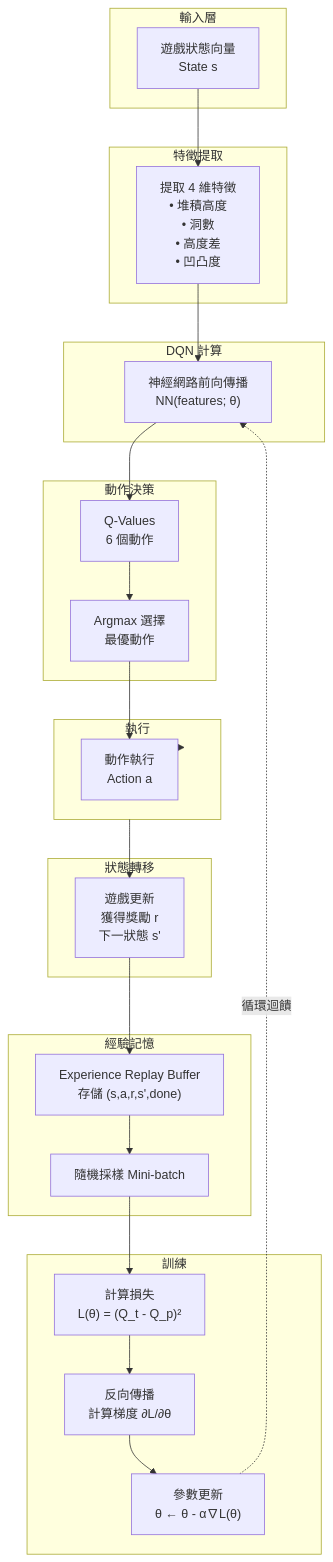
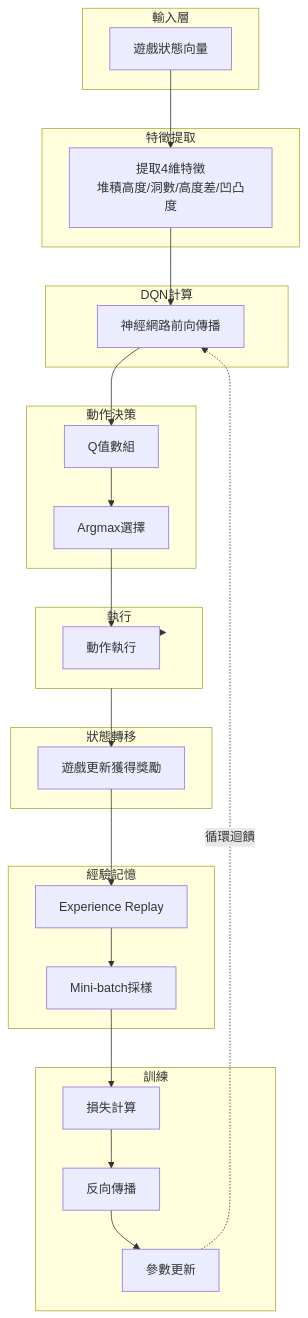
One commit to C111112104/ML_Game changed the fifth of 5 diagrams in doc/TetrAI_Proposal.md. Above: the diagram before and after it, drawn with Mermaid. The commit also changed other lines of this file, not shown here.

````diff
--- a/doc/TetrAI_Proposal.md
+++ b/doc/TetrAI_Proposal.md
@@ -285,52 +301,52 @@
 ```mermaid
 graph TB
     subgraph Input["輸入層"]
-        State["遊戲狀態向量<br/>State s"]
+        State["遊戲狀態向量"]
     end
     
     subgraph Process1["特徵提取"]
-        Extract["提取 4 維特徵<br/>• 堆積高度<br/>• 洞數<br/>• 高度差<br/>• 凹凸度"]
+        Extract["提取4維特徵<br/>堆積高度/洞數/高度差/凹凸度"]
     end
     
-    subgraph Process2["DQN 計算"]
-        NN["神經網路前向傳播<br/>NN(features; θ)"]
+    subgraph Process2["DQN計算"]
+        NN["神經網路前向傳播"]
     end
     
     subgraph Output1["動作決策"]
-        QVals["Q-Values<br/>6 個動作"]
-        Select["Argmax 選擇<br/>最優動作"]
+        QVals["Q值數組"]
+        Select["Argmax選擇"]
     end
     
     subgraph Execute["執行"]
-        Act["動作執行<br/>Action a"]
+        Act["動作執行"]
     end
     
     subgraph Transition["狀態轉移"]
-        Trans["遊戲更新<br/>獲得獎勵 r<br/>下一狀態 s'"]
+        Trans["遊戲更新獲得獎勵"]
     end
     
     subgraph Memory["經驗記憶"]
-        Buffer["Experience Replay Buffer<br/>存儲 (s,a,r,s',done)"]
-        Sample["隨機採樣 Mini-batch"]
+        Buffer["Experience Replay"]
+        Sample["Mini-batch採樣"]
     end
     
     subgraph Training["訓練"]
-        Loss["計算損失<br/>L(θ) = (Q_t - Q_p)²"]
-        Backprop["反向傳播<br/>計算梯度 ∂L/∂θ"]
-        UpdateParam["參數更新<br/>θ ← θ - α∇L(θ)"]
+        Loss["損失計算"]
+        Backprop["反向傳播"]
+        UpdateParam["參數更新"]
     end
     
     State --> Extract
     Extract --> NN
     NN --> QVals
     QVals --> Select
     Select --> Act
     Act --> Execute
     Execute --> Trans
     Trans --> Buffer
     Buffer --> Sample
     Sample --> Loss
     Loss --> Backprop
     Backprop --> UpdateParam
     UpdateParam -.循環迴饋.-> NN
 ```
````
